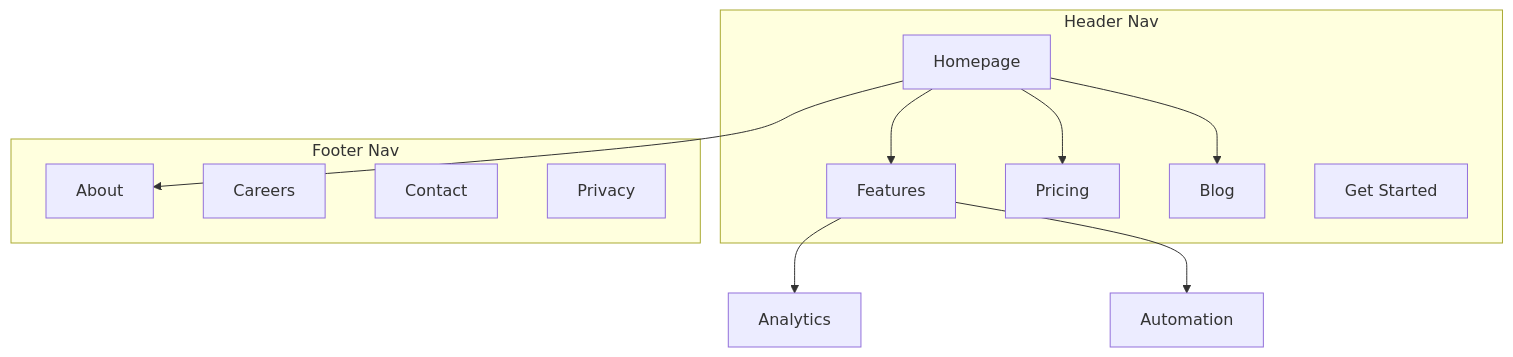
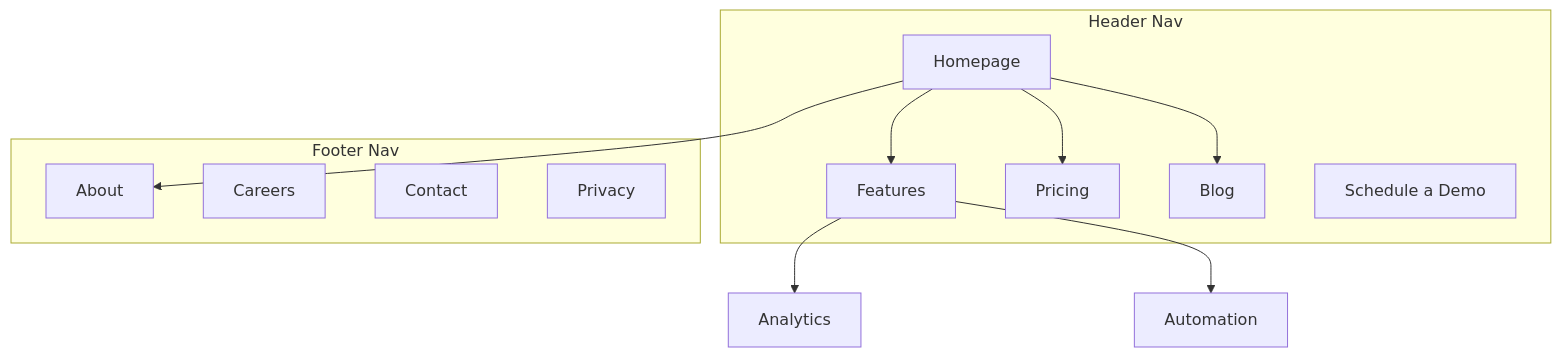
One commit to shelfspace-pro/shelfspace-marketing changed the second of 2 diagrams in .claude/skills/seo-site-architecture/SKILL.md. Above: the diagram before and after it, drawn with Mermaid. The commit also changed other lines of this file and 19 other files, not shown here.

````diff
--- a/.claude/skills/seo-site-architecture/SKILL.md
+++ b/.claude/skills/seo-site-architecture/SKILL.md
@@ -250,25 +250,25 @@
 ```mermaid
 graph TD
     subgraph Header Nav
         HOME[Homepage]
         FEAT[Features]
         PRICE[Pricing]
         BLOG[Blog]
-        CTA[Get Started]
+        CTA[Schedule a Demo]
     end
 
     subgraph Footer Nav
         ABOUT[About]
         CAREERS[Careers]
         CONTACT[Contact]
         PRIVACY[Privacy]
     end
 
     HOME --> FEAT
     HOME --> PRICE
     HOME --> BLOG
     HOME --> ABOUT
 
     FEAT --> F1[Analytics]
     FEAT --> F2[Automation]
 ```
````
